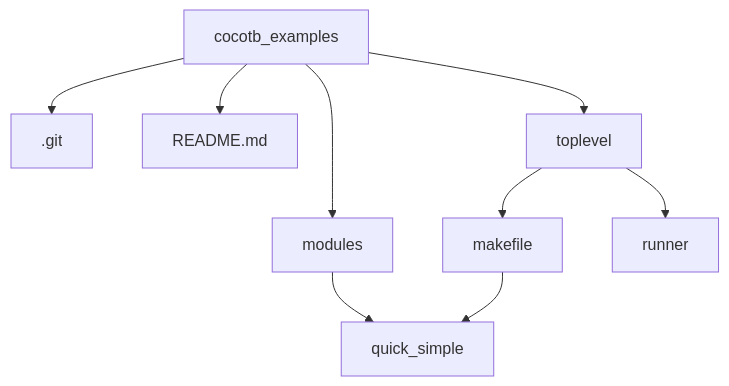
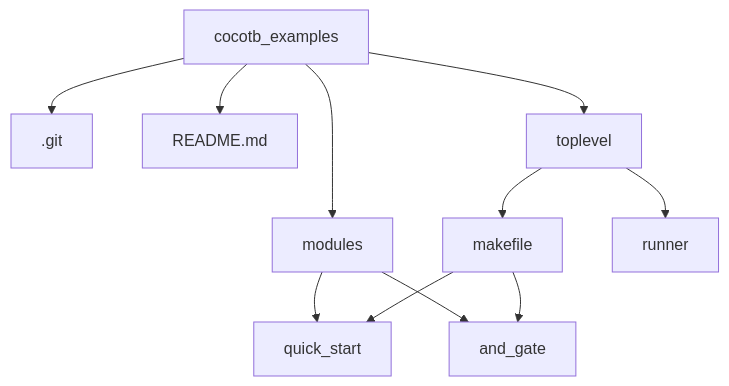
One commit to micherciu/cocotb_examples changed the diagram in README.md. Above: the diagram before and after it, drawn with Mermaid.

Commit message:
[update] added and_gate module: modules/and_gate_fm.v; toplevel/makefile/{makefile;and_gate_tb.py}

````diff
--- a/README.md
+++ b/README.md
@@ -43,11 +43,13 @@
 ```mermaid 
 graph TD;
     cocotb_examples-->.git;
     cocotb_examples-->README.md;
     cocotb_examples-->modules;
-    modules-->quick_simple
+    modules-->quick_start;
+    modules-->and_gate;
     cocotb_examples-->toplevel;
     toplevel-->makefile;
-    makefile-->quick_simple
+    makefile-->quick_start
+    makefile-->and_gate;
     toplevel-->runner;
 ```
````
